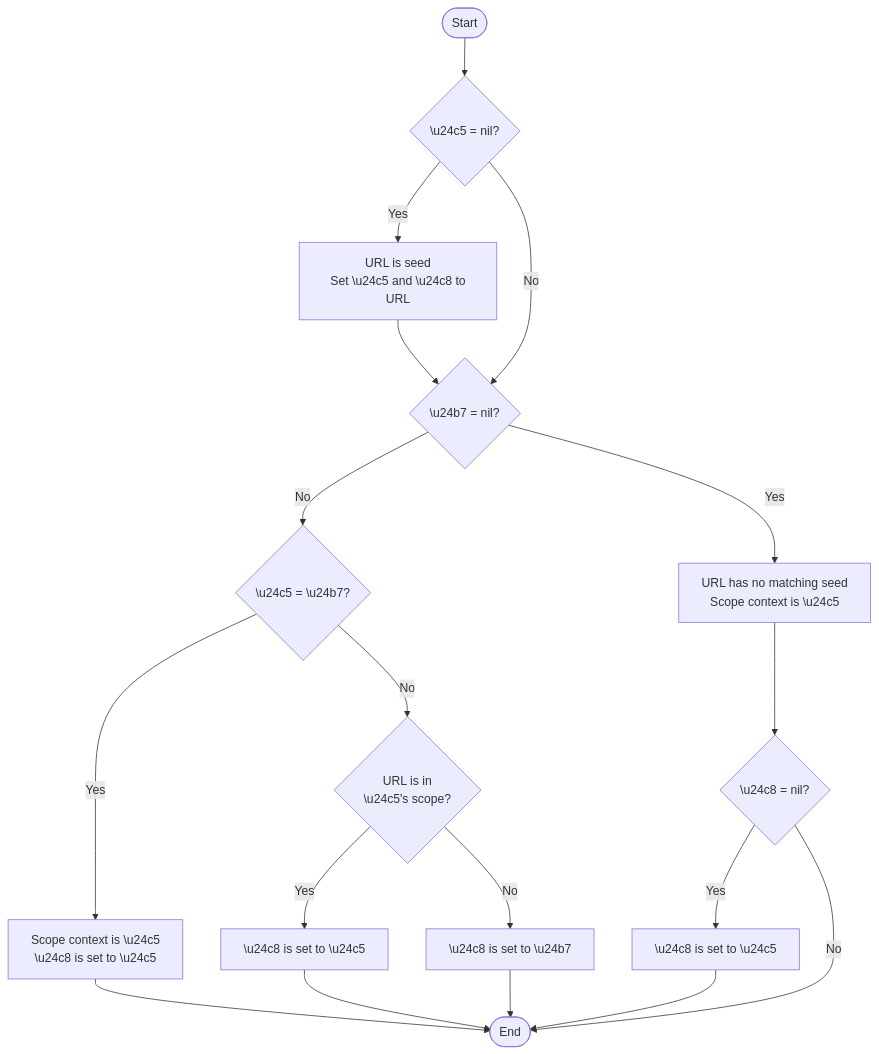
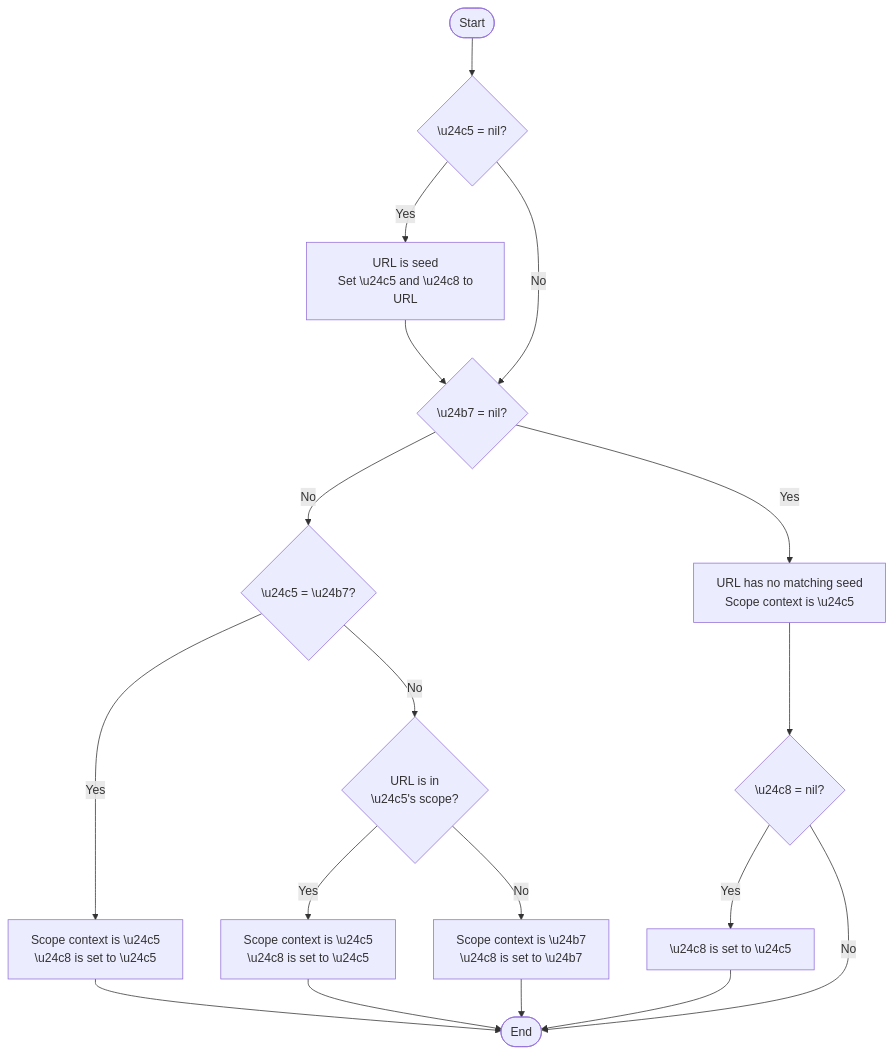
The first of 6 diagrams in docs/seed_selection.md (nlnwa/veidemann-frontier), drawn with Mermaid before and after one commit. The commit also changed other lines of this file, not shown here.

````diff
--- a/docs/seed_selection.md
+++ b/docs/seed_selection.md
@@ -11,11 +14,11 @@
 ```mermaid
 flowchart TD
     s([Start]) --> n1{ \u24c5 = nil? }-->|Yes| n3[URL is seed\n Set \u24c5 and \u24c8 to URL] -->n2
     n1 -->|No| n2{ \u24b7 = nil?} -->|No| n4{ \u24c5 = \u24b7? } -->|Yes| n5[Scope context is \u24c5\n \u24c8 is set to \u24c5] --> e
     n2 -->|Yes| n6[URL has no matching seed\nScope context is \u24c5]
-    n4 -->|No| n9{ URL is in\n \u24c5's scope? } -->|Yes| n10[ \u24c8 is set to \u24c5 ] -->e
-    n9-->|No| n11[ \u24c8 is set to \u24b7 ] -->e
+    n4 -->|No| n9{ URL is in\n \u24c5's scope? } -->|Yes| n10[ Scope context is \u24c5\n \u24c8 is set to \u24c5 ] -->e
+    n9-->|No| n11[ Scope context is \u24b7\n \u24c8 is set to \u24b7 ] -->e
     n6 --> n7{ \u24c8 = nil? } -->|Yes| n8[ \u24c8 is set to \u24c5] --> e
     n7 -->|No| e
-    e([End])
+    e([End]) 
 ```
````
